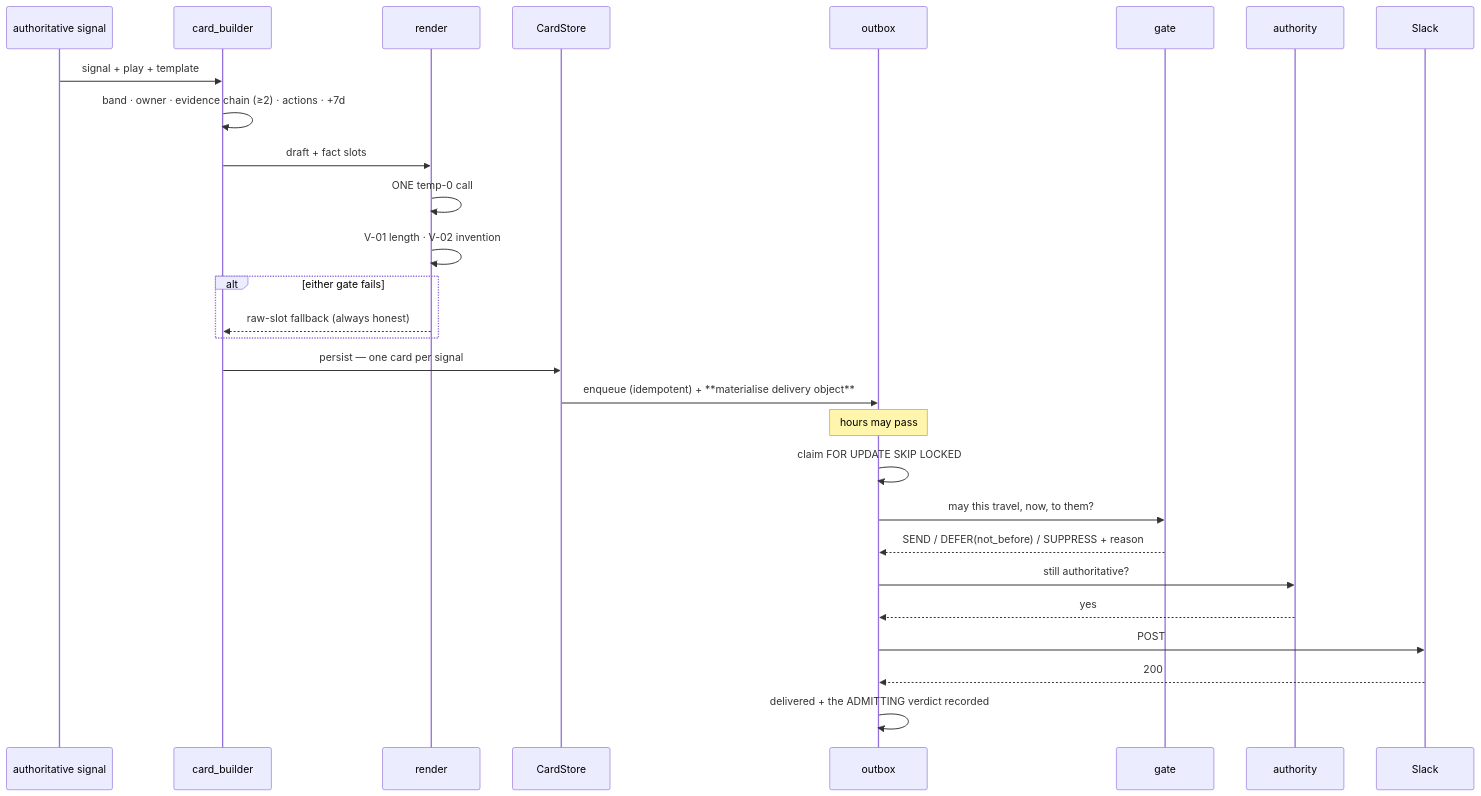
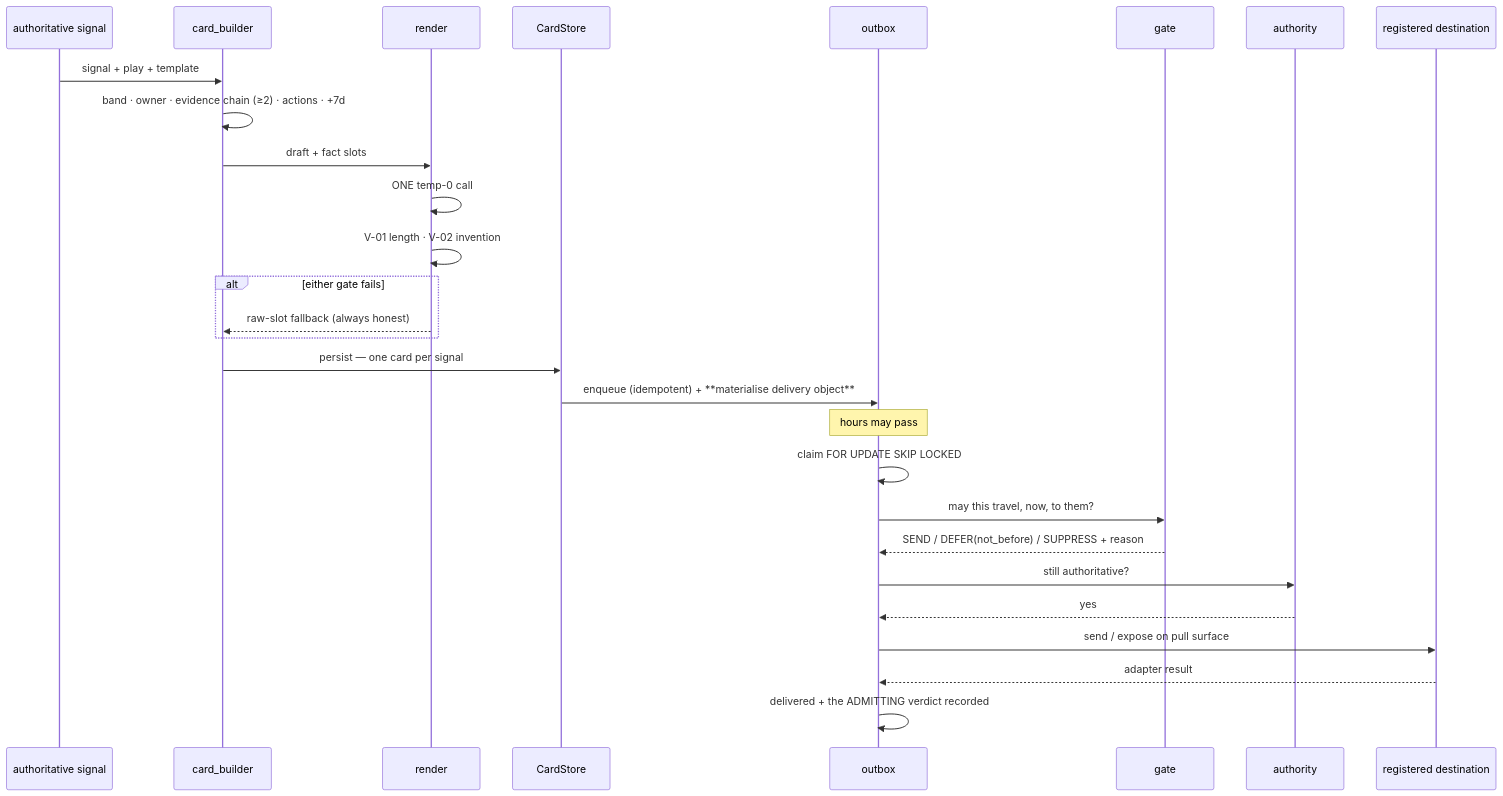
The second of 3 diagrams in System Design/Layer-6-Intelligence-Distribution/00-Overview.md (themoronss/genios-brain), drawn with Mermaid before and after one commit. The commit also changed other lines of this file and 88 other files, not shown here.

````diff
--- a/System Design/Layer-6-Intelligence-Distribution/00-Overview.md
+++ b/System Design/Layer-6-Intelligence-Distribution/00-Overview.md
@@ -116,31 +117,31 @@
 ```mermaid
 sequenceDiagram
     participant L4 as authoritative signal
     participant CB as card_builder
     participant R as render
     participant CS as CardStore
     participant OB as outbox
     participant G as gate
     participant AU as authority
-    participant SL as Slack
+    participant CH as registered destination
 
     L4->>CB: signal + play + template
     CB->>CB: band · owner · evidence chain (≥2) · actions · +7d
     CB->>R: draft + fact slots
     R->>R: ONE temp-0 call
     R->>R: V-01 length · V-02 invention
     alt either gate fails
         R-->>CB: raw-slot fallback (always honest)
     end
     CB->>CS: persist — one card per signal
     CS->>OB: enqueue (idempotent) + **materialise delivery object**
     Note over OB: hours may pass
     OB->>OB: claim FOR UPDATE SKIP LOCKED
     OB->>G: may this travel, now, to them?
     G-->>OB: SEND / DEFER(not_before) / SUPPRESS + reason
     OB->>AU: still authoritative?
     AU-->>OB: yes
-    OB->>SL: POST
-    SL-->>OB: 200
+    OB->>CH: send / expose on pull surface
+    CH-->>OB: adapter result
     OB->>OB: delivered + the ADMITTING verdict recorded
 ```
````
